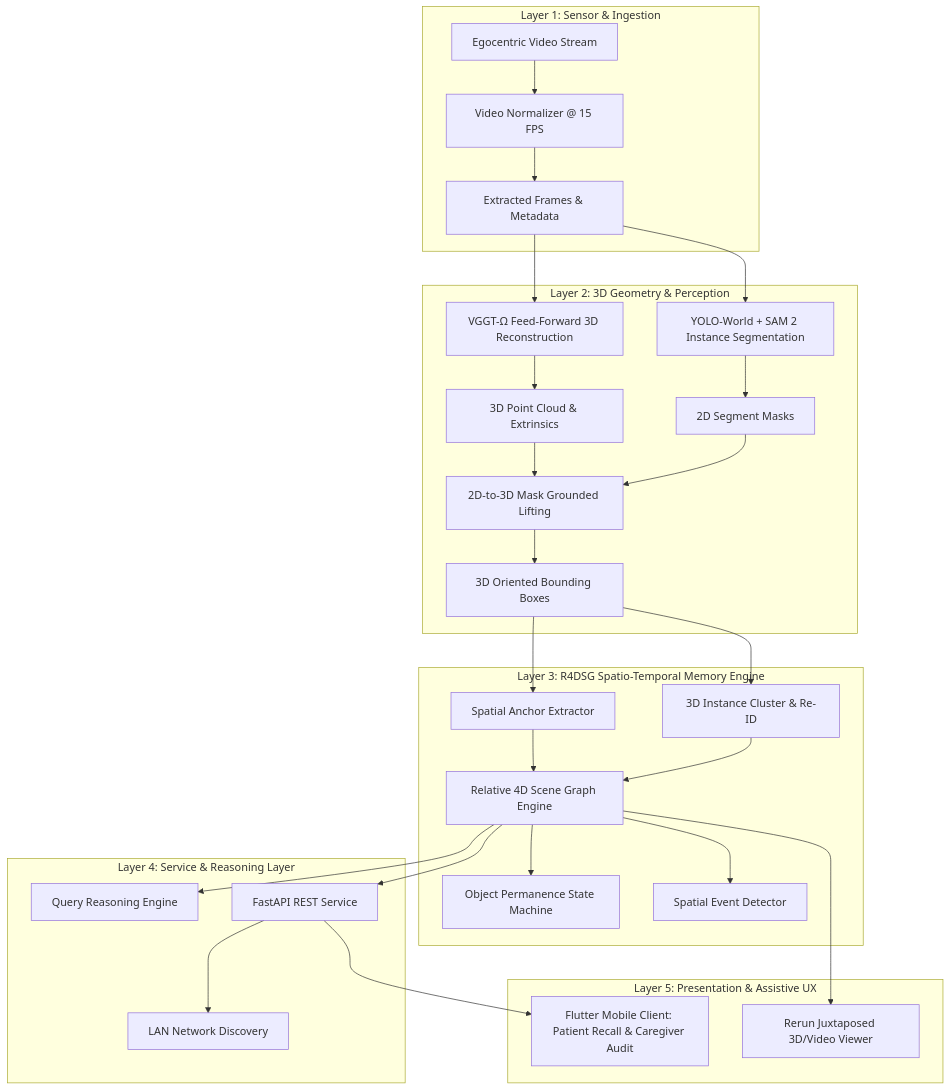
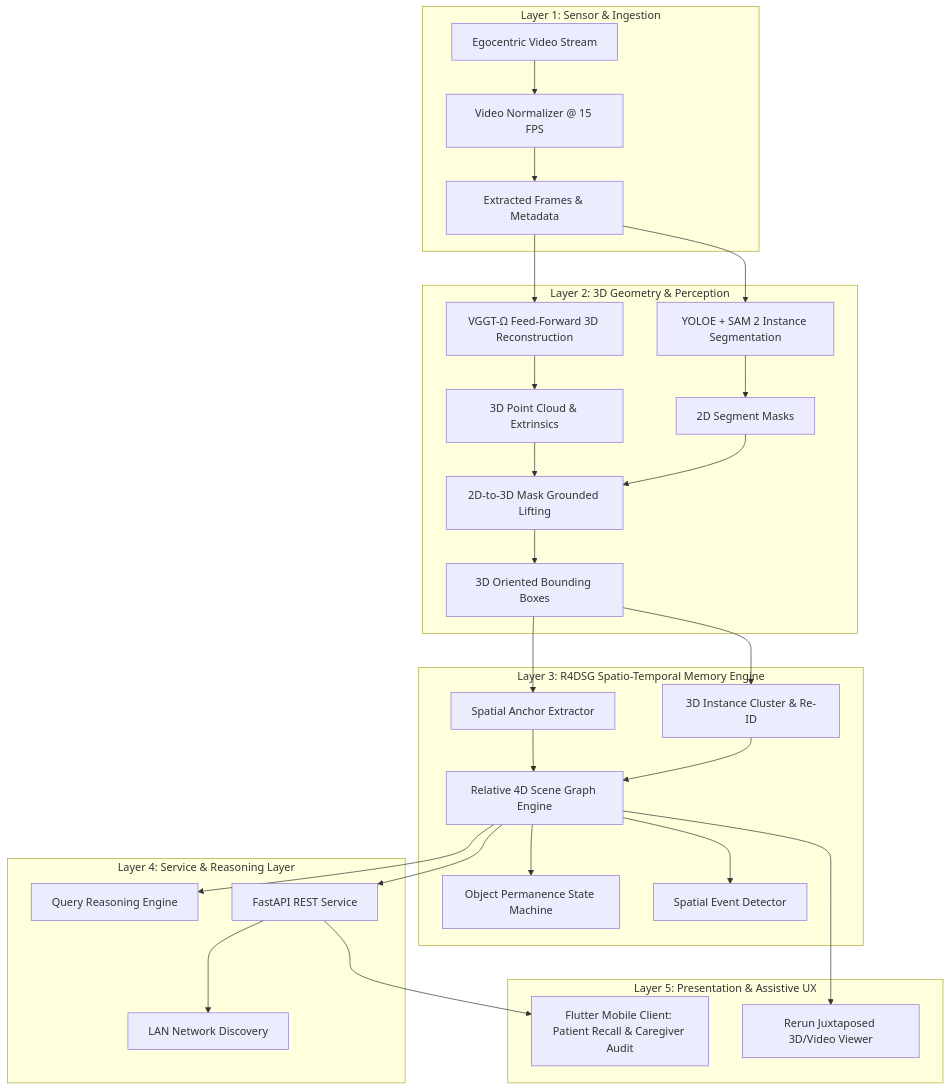
Before and after one commit to fez-Ox/aegis: the second of 3 diagrams in docs/fyp1_mid_defense_dossier.md, drawn with Mermaid. The commit also changed other lines of this file and 23 other files, not shown here.

````diff
--- a/docs/fyp1_mid_defense_dossier.md
+++ b/docs/fyp1_mid_defense_dossier.md
@@ -207,35 +207,35 @@
 ```mermaid
 flowchart TD
     subgraph L1["Layer 1: Sensor & Ingestion"]
         V[Egocentric Video Stream] --> N[Video Normalizer @ 15 FPS]
         N --> F[Extracted Frames & Metadata]
     end
 
     subgraph L2["Layer 2: 3D Geometry & Perception"]
         F --> G[VGGT-Ω Feed-Forward 3D Reconstruction]
-        F --> P[YOLO-World + SAM 2 Instance Segmentation]
+        F --> P[YOLOE + SAM 2 Instance Segmentation]
         G --> PCL[3D Point Cloud & Extrinsics]
         P --> M[2D Segment Masks]
         PCL & M --> LIFT[2D-to-3D Mask Grounded Lifting]
         LIFT --> OBB[3D Oriented Bounding Boxes]
     end
 
     subgraph L3["Layer 3: R4DSG Spatio-Temporal Memory Engine"]
         OBB --> ANCH[Spatial Anchor Extractor]
         OBB --> ASSOC[3D Instance Cluster & Re-ID]
         ANCH & ASSOC --> SG[Relative 4D Scene Graph Engine]
         SG --> PERM[Object Permanence State Machine]
         SG --> EVT[Spatial Event Detector]
     end
 
     subgraph L4["Layer 4: Service & Reasoning Layer"]
         SG --> REAS[Query Reasoning Engine]
         SG --> API[FastAPI REST Service]
         API --> LAN[LAN Network Discovery]
     end
 
     subgraph L5["Layer 5: Presentation & Assistive UX"]
         API --> MOB[Flutter Mobile Client: Patient Recall & Caregiver Audit]
         SG --> RR[Rerun Juxtaposed 3D/Video Viewer]
     end
 ```
````
